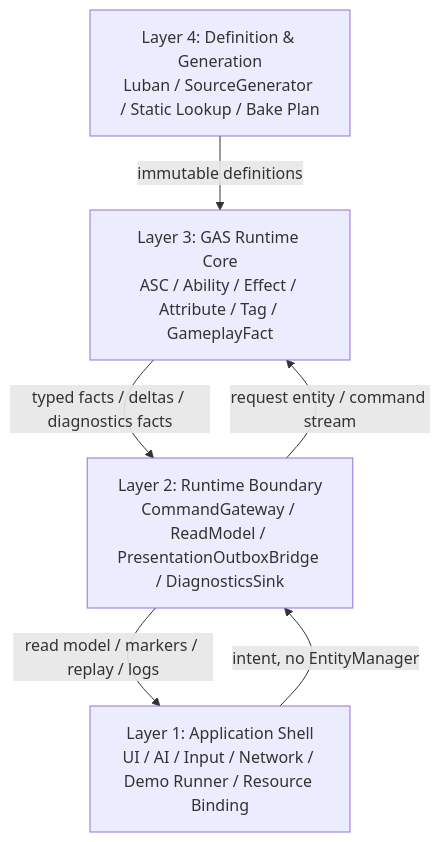
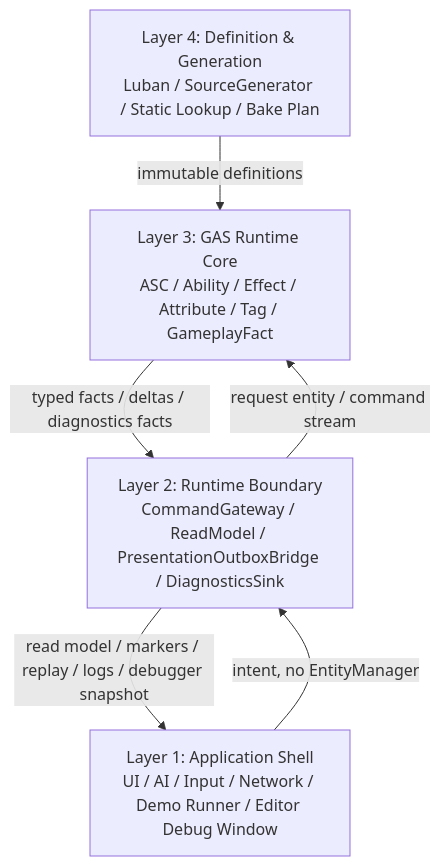
The diagram in 方案讨论/针对2.0的ECS架构的迭代方案讨论/01-目标态架构共识/02-四层架构Spec.md (Bo-ki/gameplay-ability-system-for-unity), drawn with Mermaid before and after one commit. The commit also changed other lines of this file and 72 other files, not shown here.

````diff
--- a/方案讨论/针对2.0的ECS架构的迭代方案讨论/01-目标态架构共识/02-四层架构Spec.md
+++ b/方案讨论/针对2.0的ECS架构的迭代方案讨论/01-目标态架构共识/02-四层架构Spec.md
@@ -22,13 +30,13 @@
 ```mermaid
 flowchart TB
     Definition["Layer 4: Definition & Generation\nLuban / SourceGenerator / Static Lookup / Bake Plan"]
     Core["Layer 3: GAS Runtime Core\nASC / Ability / Effect / Attribute / Tag / GameplayFact"]
     Boundary["Layer 2: Runtime Boundary\nCommandGateway / ReadModel / PresentationOutboxBridge / DiagnosticsSink"]
-    Shell["Layer 1: Application Shell\nUI / AI / Input / Network / Demo Runner / Resource Binding"]
+    Shell["Layer 1: Application Shell\nUI / AI / Input / Network / Demo Runner / Editor Debug Window"]
 
     Definition -->|"immutable definitions"| Core
     Shell -->|"intent, no EntityManager"| Boundary
     Boundary -->|"request entity / command stream"| Core
     Core -->|"typed facts / deltas / diagnostics facts"| Boundary
-    Boundary -->|"read model / markers / replay / logs"| Shell
+    Boundary -->|"read model / markers / replay / logs / debugger snapshot"| Shell
 ```
````
